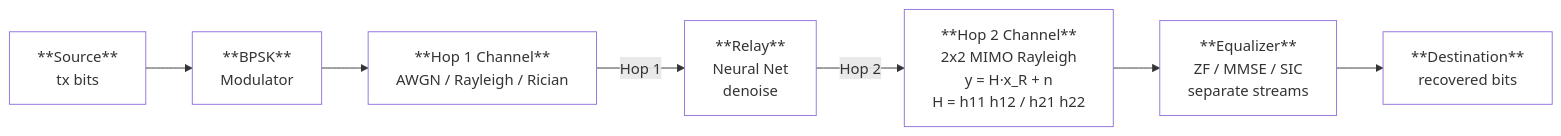
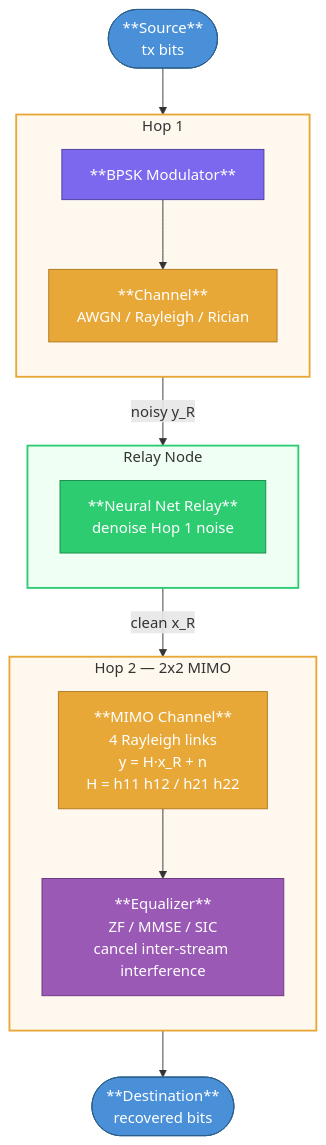
The first of 2 diagrams in thesis.md (Gilzuk/relaynet2), drawn with Mermaid before and after one commit. The commit also changed other lines of this file and 3 other files, not shown here.

First line of the commit message:
docs: expand Mermaid diagrams from LR single-row to TB subgraph layout

````diff
--- a/thesis.md
+++ b/thesis.md
@@ -658,25 +658,41 @@
 ```mermaid
-flowchart LR
-    SRC["**Source**\ntx bits"]
-    BPSK["**BPSK**\nModulator"]
-    CH1["**Hop 1 Channel**\nAWGN / Rayleigh / Rician"]
-    RELAY["**Relay**\nNeural Net\ndenoise"]
-    CH2["**Hop 2 Channel**\n2x2 MIMO Rayleigh\ny = H·x_R + n\nH = h11 h12 / h21 h22"]
-    EQ["**Equalizer**\nZF / MMSE / SIC\nseparate streams"]
-    DST["**Destination**\nrecovered bits"]
+flowchart TB
+    SRC(["**Source**\ntx bits"])
 
-    SRC --> BPSK
-    BPSK --> CH1
-    CH1 -->|"Hop 1"| RELAY
-    RELAY -->|"Hop 2"| CH2
-    CH2 --> EQ
-    EQ --> DST
+    subgraph HOP1 [" Hop 1 "]
+        direction TB
+        MOD["**BPSK Modulator**"]
+        CH1["**Channel**\nAWGN / Rayleigh / Rician"]
+        MOD --> CH1
+    end
 
-    style SRC   fill:#fff,color:#0,stroke:#0
-    style BPSK  fill:#fff,color:#0,stroke:#0
-    style CH1   fill:#fff,color:#0,stroke:#0
-    style RELAY fill:#fff,color:#0,stroke:#0
-    style CH2   fill:#fff,color:#0,stroke:#0
-    style EQ    fill:#fff,color:#0,stroke:#0
-    style DST   fill:#fff,color:#0,stroke:#0
+    subgraph RELAY_BOX [" Relay Node "]
+        direction TB
+        REL["**Neural Net Relay**\ndenoise Hop 1 noise"]
+    end
+
+    subgraph HOP2 [" Hop 2 — 2x2 MIMO "]
+        direction TB
+        CH2["**MIMO Channel**\n4 Rayleigh links\ny = H·x_R + n\nH = h11 h12 / h21 h22"]
+        EQ["**Equalizer**\nZF / MMSE / SIC\ncancel inter-stream interference"]
+        CH2 --> EQ
+    end
+
+    DST(["**Destination**\nrecovered bits"])
+
+    SRC        --> HOP1
+    HOP1       -->|"noisy y_R"| RELAY_BOX
+    RELAY_BOX  -->|"clean x_R"| HOP2
+    HOP2       --> DST
+
+    style SRC        fill:#4A90D9,color:#fff,stroke:#2c5f8a
+    style DST        fill:#4A90D9,color:#fff,stroke:#2c5f8a
+    style MOD        fill:#7B68EE,color:#fff,stroke:#4a3fa0
+    style CH1        fill:#E8A838,color:#fff,stroke:#b07820
+    style REL        fill:#2ECC71,color:#fff,stroke:#1a8a4a
+    style CH2        fill:#E8A838,color:#fff,stroke:#b07820
+    style EQ         fill:#9B59B6,color:#fff,stroke:#6c3483
+    style HOP1       fill:#fff8ee,stroke:#E8A838,stroke-width:2px
+    style RELAY_BOX  fill:#f0fff4,stroke:#2ECC71,stroke-width:2px
+    style HOP2       fill:#fff8ee,stroke:#E8A838,stroke-width:2px
 ```
````
